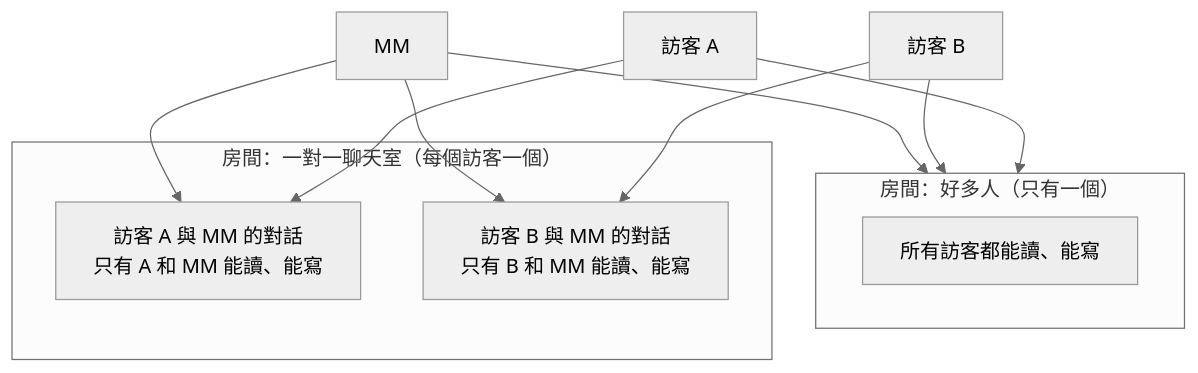
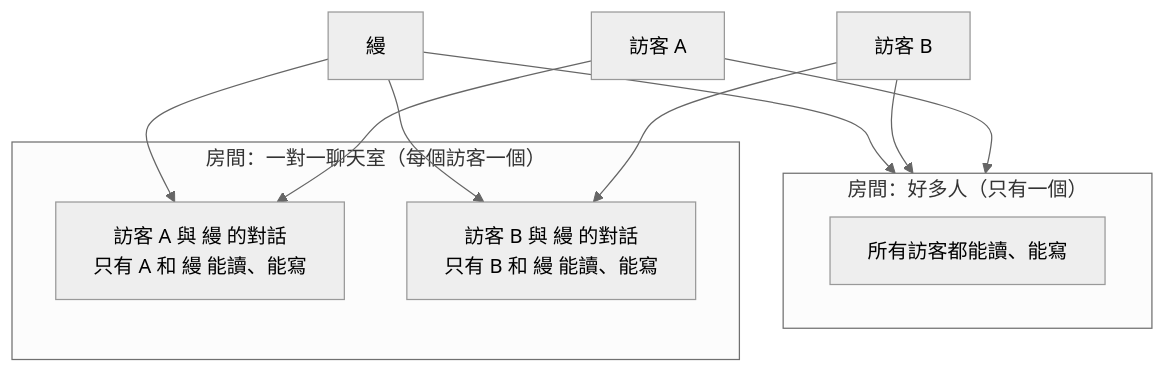
The second of 14 diagrams in docs/architecture.md (411332043git/ch3hw), drawn with Mermaid (neutral theme) before and after one commit. The commit also changed other lines of this file and 2 other files, not shown here.

Commit message:
Update architecture to match design: voice, announcements, pinning, file expiry, desktop layout, avatars

````diff
--- a/docs/architecture.md
+++ b/docs/architecture.md
@@ -183,17 +185,17 @@
 ```mermaid
 flowchart TB
     subgraph G["房間：好多人（只有一個）"]
         G1["所有訪客都能讀、能寫"]
     end
     subgraph D["房間：一對一聊天室（每個訪客一個）"]
-        D1["訪客 A 與 MM 的對話<br/>只有 A 和 MM 能讀、能寫"]
-        D2["訪客 B 與 MM 的對話<br/>只有 B 和 MM 能讀、能寫"]
+        D1["訪客 A 與 縵 的對話<br/>只有 A 和 縵 能讀、能寫"]
+        D2["訪客 B 與 縵 的對話<br/>只有 B 和 縵 能讀、能寫"]
     end
     VA["訪客 A"] --> G
     VB["訪客 B"] --> G
     VA --> D1
     VB --> D2
-    MM["MM"] --> G
-    MM --> D1
-    MM --> D2
+    縵["縵"] --> G
+    縵 --> D1
+    縵 --> D2
 ```
````
